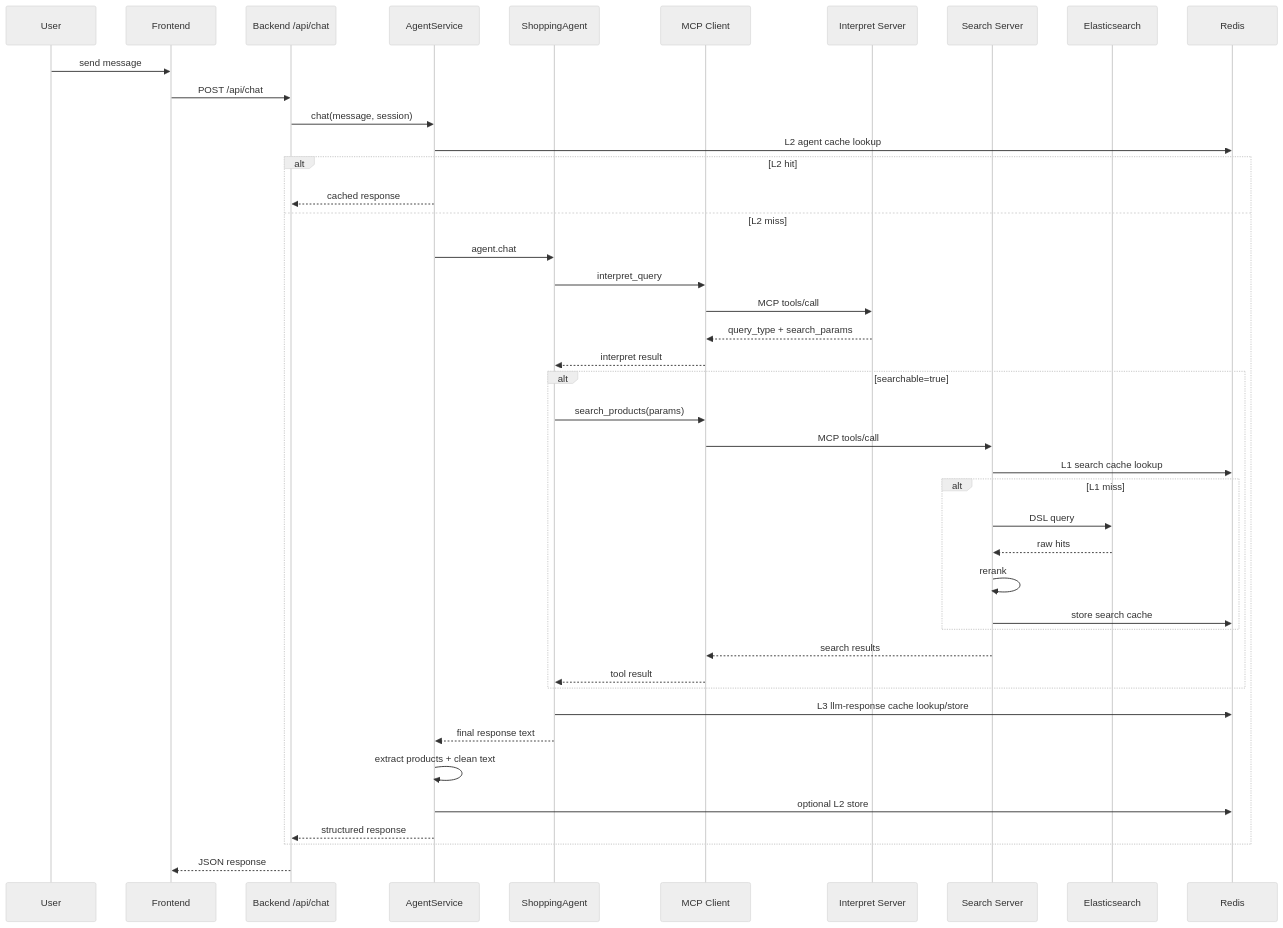
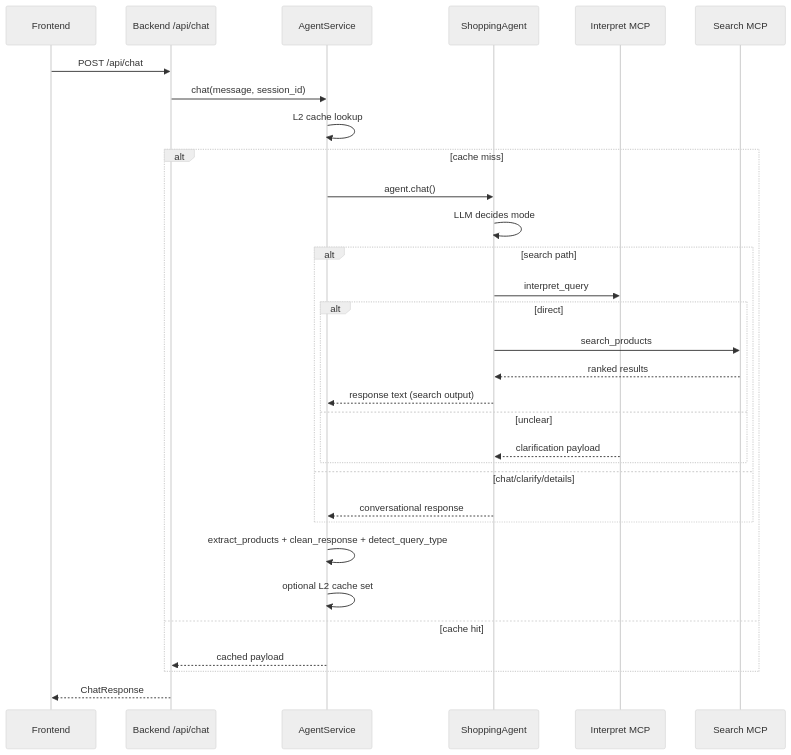
One commit to 11linear11/ShoppingAiAssistant changed the first of 3 diagrams in docs/en/PIPELINES.md. Above: the diagram before and after it, drawn with Mermaid (neutral theme). The commit also changed other lines of this file and 10 other files, not shown here.

````diff
--- a/docs/en/PIPELINES.md
+++ b/docs/en/PIPELINES.md
@@ -5,48 +7,34 @@
 ```mermaid
 sequenceDiagram
-  participant U as User
   participant FE as Frontend
   participant BE as Backend /api/chat
   participant AS as AgentService
   participant AG as ShoppingAgent
-  participant IC as MCP Client
-  participant IN as Interpret Server
-  participant SE as Search Server
-  participant EL as Elasticsearch
-  participant RD as Redis
+  participant IN as Interpret MCP
+  participant SE as Search MCP
 
-  U->>FE: send message
   FE->>BE: POST /api/chat
-  BE->>AS: chat(message, session)
-  AS->>RD: L2 agent cache lookup
-  alt L2 hit
-    AS-->>BE: cached response
-  else L2 miss
-    AS->>AG: agent.chat
-    AG->>IC: interpret_query
-    IC->>IN: MCP tools/call
-    IN-->>IC: query_type + search_params
-    IC-->>AG: interpret result
-
-    alt searchable=true
-      AG->>IC: search_products(params)
-      IC->>SE: MCP tools/call
-      SE->>RD: L1 search cache lookup
-      alt L1 miss
-        SE->>EL: DSL query
-        EL-->>SE: raw hits
-        SE->>SE: rerank
-        SE->>RD: store search cache
+  BE->>AS: chat(message, session_id)
+  AS->>AS: L2 cache lookup
+  alt cache miss
+    AS->>AG: agent.chat()
+    AG->>AG: LLM decides mode
+    alt search path
+      AG->>IN: interpret_query
+      alt direct
+        AG->>SE: search_products
+        SE-->>AG: ranked results
+        AG-->>AS: response text (search output)
+      else unclear
+        IN-->>AG: clarification payload
       end
-      SE-->>IC: search results
-      IC-->>AG: tool result
+    else chat/clarify/details
+      AG-->>AS: conversational response
     end
-
-    AG->>RD: L3 llm-response cache lookup/store
-    AG-->>AS: final response text
-    AS->>AS: extract products + clean text
-    AS->>RD: optional L2 store
-    AS-->>BE: structured response
+    AS->>AS: extract_products + clean_response + detect_query_type
+    AS->>AS: optional L2 cache set
+  else cache hit
+    AS-->>BE: cached payload
   end
-  BE-->>FE: JSON response
+  BE-->>FE: ChatResponse
 ```
````
